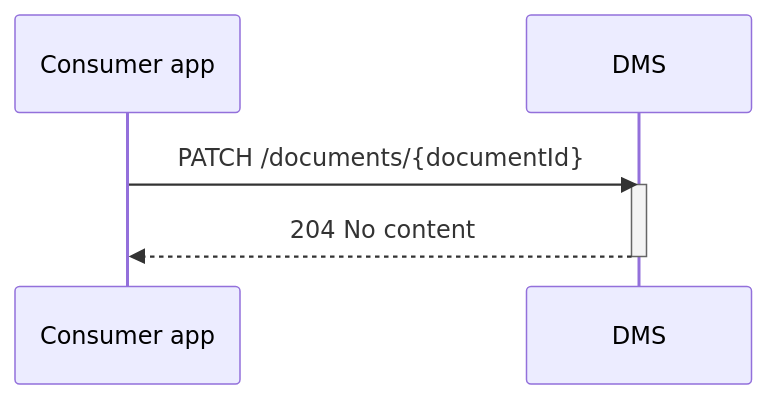
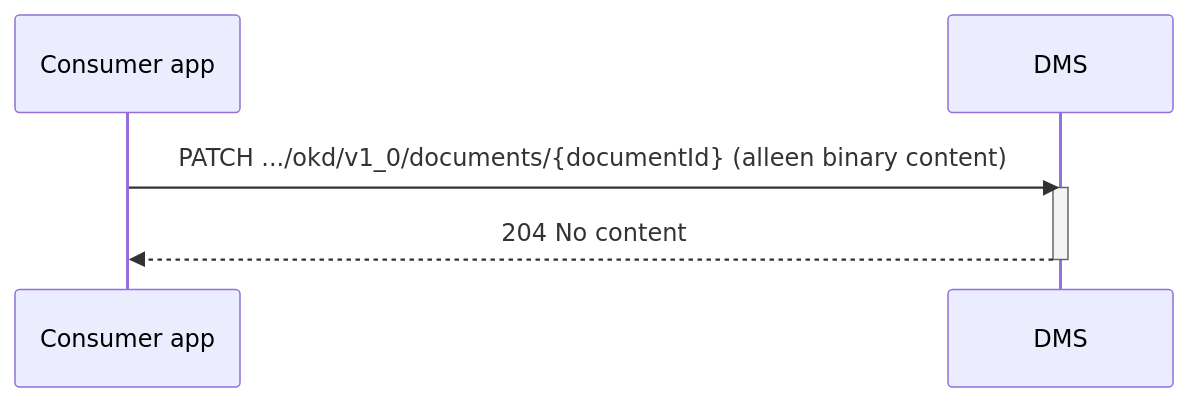
Before and after one commit to Onderwijs-Koppelingen-OKx/OKD-Document-Management: the diagram in doc/flow-y.md, drawn with Mermaid. The commit also changed other lines of this file and 4 other files, not shown here.

````diff
--- a/doc/flow-y.md
+++ b/doc/flow-y.md
@@ -23,9 +23,9 @@
 ```mermaid
 sequenceDiagram
     participant Consumer app
     participant DMS
-    Consumer app->>DMS: PATCH /documents/{documentId}
+    Consumer app->>DMS: PATCH .../okd/v1_0/documents/{documentId} (alleen binary content)
     activate DMS
     DMS-->>Consumer app: 204 No content
     deactivate DMS
 ```
````
